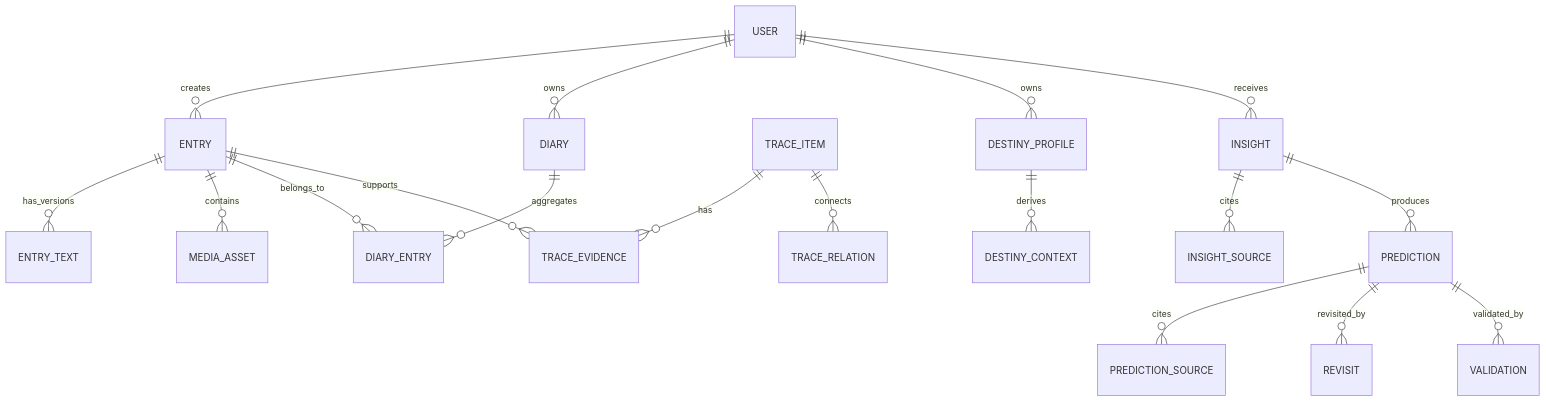
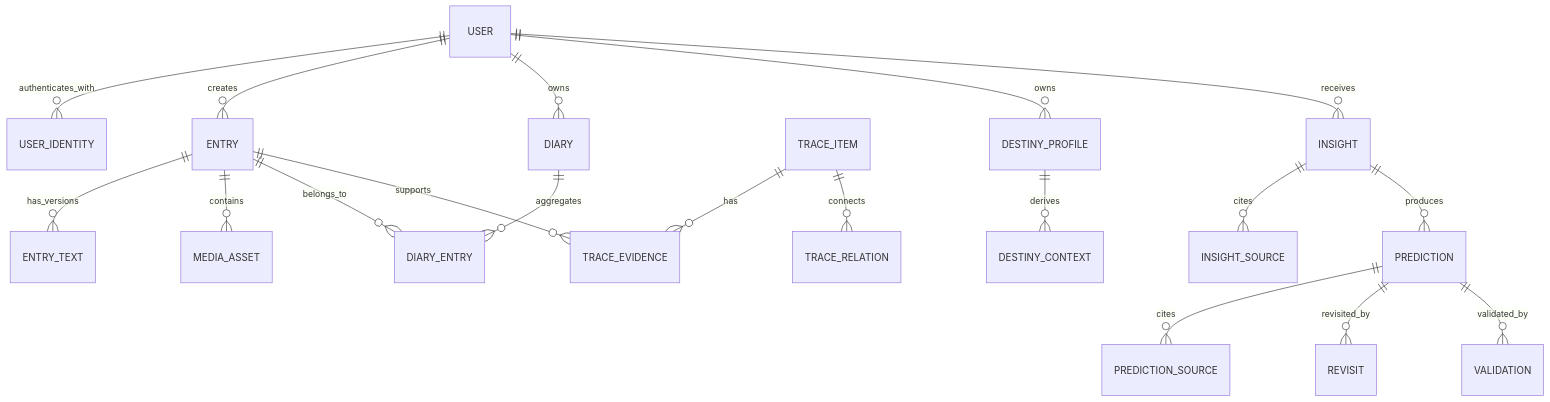
Before and after one commit to Makiato1999/meridian: the fifth of 5 diagrams in prd.md, drawn with Mermaid. The commit also changed other lines of this file, not shown here.

````diff
--- a/prd.md
+++ b/prd.md
@@ -425,20 +438,21 @@
 ```mermaid
 erDiagram
+    USER ||--o{ USER_IDENTITY : authenticates_with
     USER ||--o{ ENTRY : creates
     ENTRY ||--o{ ENTRY_TEXT : has_versions
     ENTRY ||--o{ MEDIA_ASSET : contains
     USER ||--o{ DIARY : owns
     DIARY ||--o{ DIARY_ENTRY : aggregates
     ENTRY ||--o{ DIARY_ENTRY : belongs_to
     ENTRY ||--o{ TRACE_EVIDENCE : supports
     TRACE_ITEM ||--o{ TRACE_EVIDENCE : has
     TRACE_ITEM ||--o{ TRACE_RELATION : connects
     USER ||--o{ DESTINY_PROFILE : owns
     DESTINY_PROFILE ||--o{ DESTINY_CONTEXT : derives
     USER ||--o{ INSIGHT : receives
     INSIGHT ||--o{ INSIGHT_SOURCE : cites
     INSIGHT ||--o{ PREDICTION : produces
     PREDICTION ||--o{ PREDICTION_SOURCE : cites
     PREDICTION ||--o{ REVISIT : revisited_by
     PREDICTION ||--o{ VALIDATION : validated_by
 ```
````
